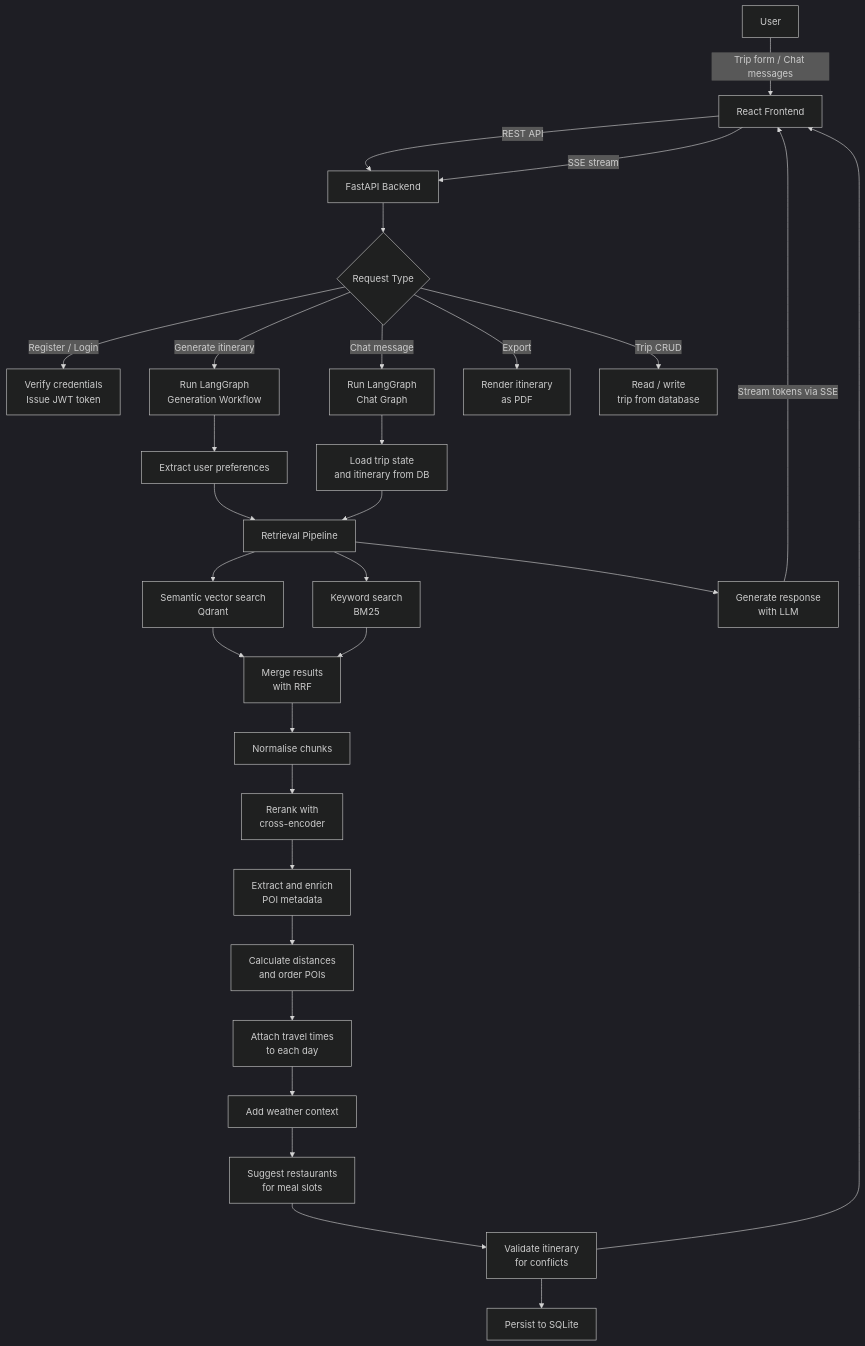
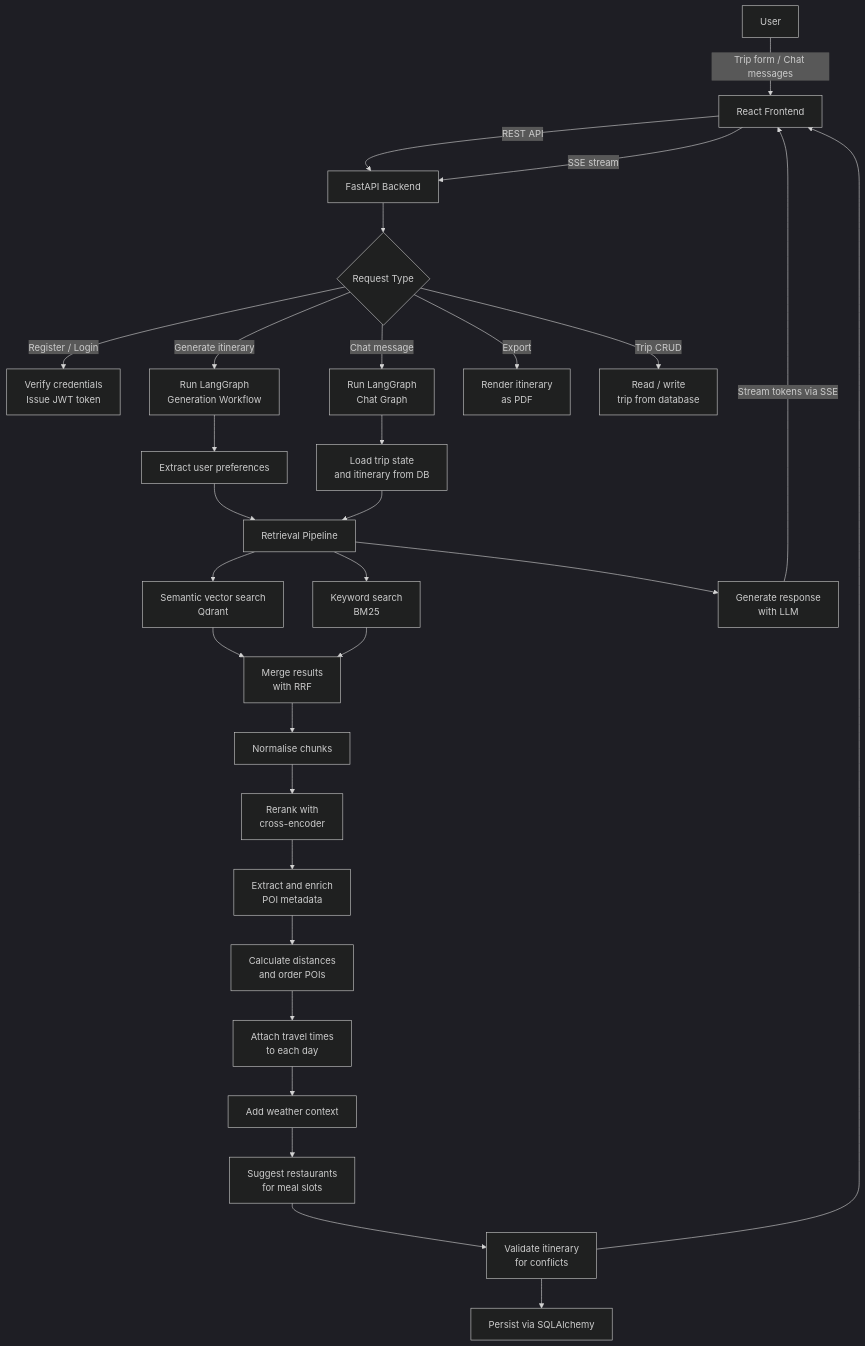
The first of 3 diagrams in README.md (aimeano/Ai-tinerary), drawn with Mermaid (dark theme) before and after one commit. The commit also changed other lines of this file, not shown here.

````diff
--- a/README.md
+++ b/README.md
@@ -92,35 +102,35 @@
 ```mermaid
 graph TD
     A[User] -->|Trip form / Chat messages| B[React Frontend]
     B -->|REST API| C[FastAPI Backend]
     B -->|SSE stream| C
 
     C --> D{Request Type}
     D -->|Register / Login| E[Verify credentials\nIssue JWT token]
     D -->|Generate itinerary| F[Run LangGraph\nGeneration Workflow]
     D -->|Chat message| G[Run LangGraph\nChat Graph]
     D -->|Export| H[Render itinerary\nas PDF]
     D -->|Trip CRUD| I[Read / write\ntrip from database]
 
     F --> J[Extract user preferences]
     J --> K[Retrieval Pipeline]
     K --> L[Semantic vector search\nQdrant]
     K --> M[Keyword search\nBM25]
     L --> N[Merge results\nwith RRF]
     M --> N
     N --> O[Normalise chunks]
     O --> P[Rerank with\ncross-encoder]
     P --> Q[Extract and enrich\nPOI metadata]
     Q --> R[Calculate distances\nand order POIs]
     R --> S[Attach travel times\nto each day]
     S --> T[Add weather context]
     T --> U[Suggest restaurants\nfor meal slots]
     U --> V[Validate itinerary\nfor conflicts]
-    V --> W[Persist to SQLite]
+    V --> W[Persist via SQLAlchemy]
     V --> B
 
     G --> X[Load trip state\nand itinerary from DB]
     X --> K
     K --> Y[Generate response\nwith LLM]
     Y -->|Stream tokens via SSE| B
 ```
````
